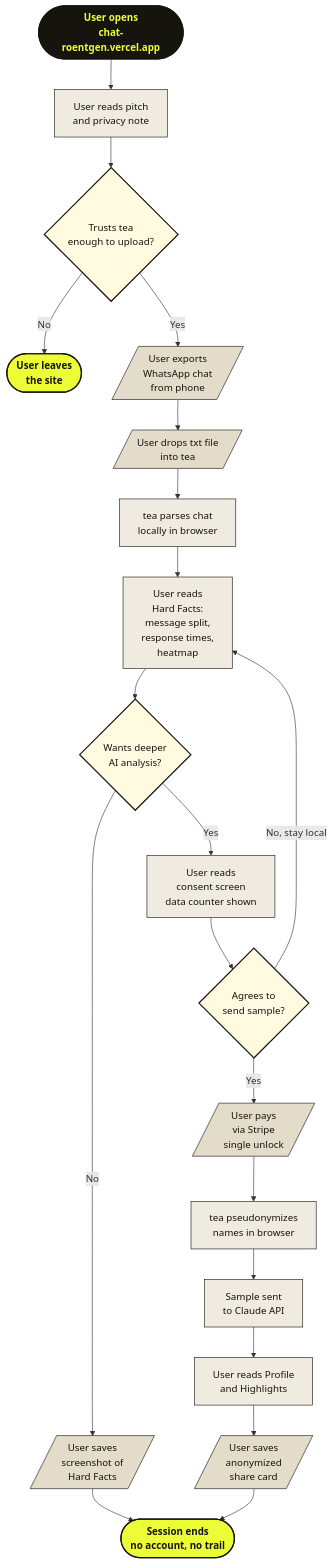
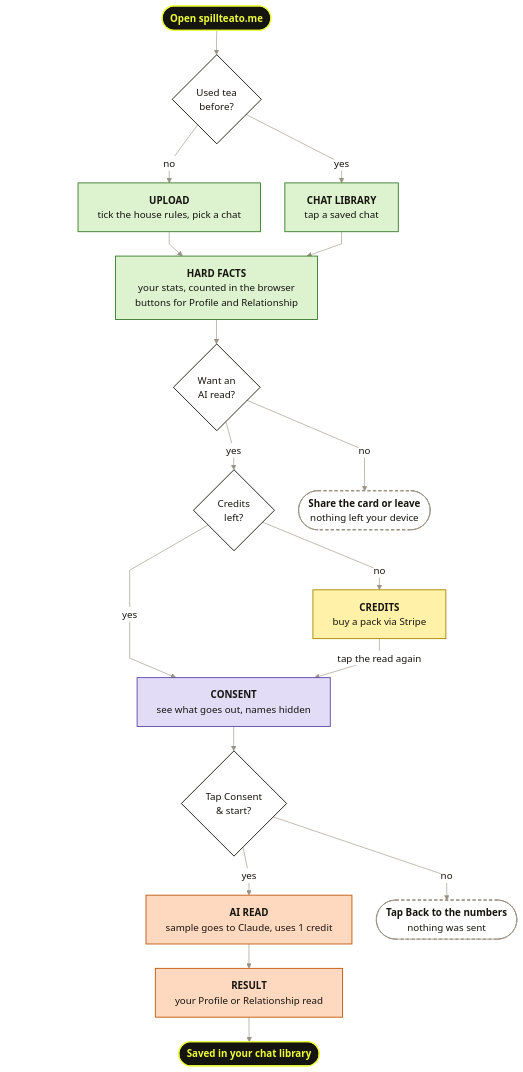
One commit to awyttrinx/chat-roentgen changed the diagram in docs/README.md. Above: the diagram before and after it, drawn with Mermaid. The commit also changed other lines of this file, not shown here.

Commit message:
readme: real user flow with screens and choices, changelog matches the app

````diff
--- a/docs/README.md
+++ b/docs/README.md
@@ -83,59 +86,59 @@
 ```mermaid
+%%{init: {'theme':'base','themeVariables':{'fontSize':'16px','lineColor':'#9A9282','textColor':'#16140F','primaryTextColor':'#16140F','edgeLabelBackground':'#FFFFFF'},'flowchart':{'curve':'linear','rankSpacing':40,'nodeSpacing':40,'padding':16,'wrappingWidth':400}}}%%
 flowchart TD
-    Start([User opens<br/>chat-roentgen.vercel.app])
-    
-    Step1[User reads pitch<br/>and privacy note]
-    Dec1{Trusts tea<br/>enough to upload?}
-    Exit1([User leaves<br/>the site])
-    
-    In1[/User exports<br/>WhatsApp chat<br/>from phone/]
-    In2[/User drops txt file<br/>into tea/]
-    Proc1[tea parses chat<br/>locally in browser]
-    Step2[User reads<br/>Hard Facts:<br/>message split,<br/>response times,<br/>heatmap]
-    
-    Dec2{Wants deeper<br/>AI analysis?}
-    Out1[/User saves<br/>screenshot of<br/>Hard Facts/]
-    
-    Step3[User reads<br/>consent screen<br/>data counter shown]
-    Dec3{Agrees to<br/>send sample?}
-    
-    In3[/User pays<br/>via Stripe<br/>single unlock/]
-    Proc2[tea pseudonymizes<br/>names in browser]
-    Proc3[Sample sent<br/>to Claude API]
-    Step4[User reads Profile<br/>and Highlights]
-    
-    Out2[/User saves<br/>anonymized<br/>share card/]
-    End([Session ends<br/>no account, no trail])
-    
-    Start --> Step1
-    Step1 --> Dec1
-    Dec1 -->|No| Exit1
-    Dec1 -->|Yes| In1
-    In1 --> In2
-    In2 --> Proc1
-    Proc1 --> Step2
-    Step2 --> Dec2
-    Dec2 -->|No| Out1
-    Out1 --> End
-    Dec2 -->|Yes| Step3
-    Step3 --> Dec3
-    Dec3 -->|No, stay local| Step2
-    Dec3 -->|Yes| In3
-    In3 --> Proc2
-    Proc2 --> Proc3
-    Proc3 --> Step4
-    Step4 --> Out2
-    Out2 --> End
-    
-    classDef startNode fill:#16140F,stroke:#16140F,stroke-width:2px,color:#ECFD38,font-weight:bold
-    classDef endNode fill:#ECFD38,stroke:#16140F,stroke-width:2px,color:#16140F,font-weight:bold
-    classDef process fill:#F0EBE0,stroke:#16140F,stroke-width:1px,color:#16140F
-    classDef decision fill:#FFFAE0,stroke:#16140F,stroke-width:2px,color:#16140F
-    classDef io fill:#E3DCCB,stroke:#16140F,stroke-width:1px,color:#16140F
-    
-    class Start startNode
-    class End,Exit1 endNode
-    class Step1,Step2,Step3,Step4,Proc1,Proc2,Proc3 process
-    class Dec1,Dec2,Dec3 decision
-    class In1,In2,In3,Out1,Out2 io
+    G1(["Share the card or leave<br/>nothing left your device"])
+    G3(["Back to the numbers<br/>nothing was sent"])
+    Start(["<b>Open spillteato.me</b>"])
+    Q0{"Used tea<br/>before?"}
+    Up["<b>UPLOAD</b><br/>tick the house rules, pick a chat"]
+    Lib["<b>CHAT LIBRARY</b><br/>tap a saved chat"]
+    HF["<b>HARD FACTS</b><br/>your stats, counted in the browser<br/>buttons for Profile and Relationship"]
+    Q1{"Want an<br/>AI read?"}
+    Q2{"Credits<br/>left?"}
+    Buy["<b>CREDITS</b><br/>buy a pack via Stripe"]
+    Con["<b>CONSENT</b><br/>see what goes out, names hidden"]
+    Q3{"Tap Consent<br/>& start?"}
+    AI["<b>AI READ</b><br/>sample goes to Claude, uses 1 credit"]
+    Res["<b>RESULT</b><br/>your Profile or Relationship read"]
+    Done(["<b>Saved in your chat library</b>"])
+    X1(["<b>Share the card or leave</b><br/>nothing left your device"])
+    X3(["<b>Tap Back to the numbers</b><br/>nothing was sent"])
+    G2["<b>CREDITS</b><br/>buy a pack via Stripe"]
+
+    Start --> Q0
+    Q0 -->|no| Up
+    Q0 -->|yes| Lib
+    Up --> HF
+    Lib --> HF
+    HF --> Q1
+    Q1 ~~~ G1
+    Q1 -->|yes| Q2
+    Q1 -->|no| X1
+    Q2 -->|yes| Con
+    Q2 -->|no| Buy
+    Q2 ~~~ G2
+    G2 ~~~ Con
+    Buy -->|tap the read again| Con
+    Con --> Q3
+    Q3 ~~~ G3
+    Q3 -->|yes| AI
+    Q3 -->|no| X3
+    AI --> Res --> Done
+
+    classDef ends fill:#16140F,stroke:#ECFD38,stroke-width:2px,color:#ECFD38
+    classDef exit fill:#FFFFFF,stroke:#9A9282,stroke-width:1.5px,stroke-dasharray:5 4,color:#16140F
+    classDef ghost fill:transparent,stroke:transparent,color:transparent
+    classDef q fill:#FFFFFF,stroke:#16140F,stroke-width:1.5px,color:#16140F
+    classDef local fill:#DDF2CF,stroke:#3E7C2E,stroke-width:1.5px,color:#16140F
+    classDef unlock fill:#FFF2A8,stroke:#A88A00,stroke-width:1.5px,color:#16140F
+    classDef gate fill:#E2DCF7,stroke:#5B4BA8,stroke-width:1.5px,color:#16140F
+    classDef cloud fill:#FFD9BF,stroke:#C25A12,stroke-width:1.5px,color:#16140F
+    class Start,Done ends
+    class X1,X3 exit
+    class G1,G2,G3 ghost
+    class Q0,Q1,Q2,Q3 q
+    class Up,Lib,HF local
+    class Buy unlock
+    class Con gate
+    class AI,Res cloud
 ```
````
